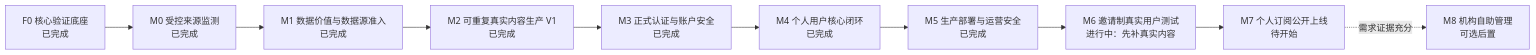
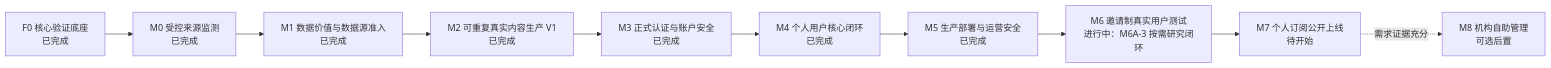
One commit to daiphoon/dealflow-radar changed the diagram in docs/10-implementation-plan.md. Above: the diagram before and after it, drawn with Mermaid. The commit also changed other lines of this file and 40 other files, not shown here.

````diff
--- a/docs/10-implementation-plan.md
+++ b/docs/10-implementation-plan.md
@@ -23,12 +23,12 @@
 ```mermaid
 flowchart LR
     F0["F0 核心验证底座<br/>已完成"] --> M0["M0 受控来源监测<br/>已完成"]
     M0 --> M1["M1 数据价值与数据源准入<br/>已完成"]
     M1 --> M2["M2 可重复真实内容生产 V1<br/>已完成"]
     M2 --> M3["M3 正式认证与账户安全<br/>已完成"]
     M3 --> M4["M4 个人用户核心闭环<br/>已完成"]
     M4 --> M5["M5 生产部署与运营安全<br/>已完成"]
-    M5 --> M6["M6 邀请制真实用户测试<br/>进行中：先补真实内容"]
+    M5 --> M6["M6 邀请制真实用户测试<br/>进行中：M6A-3 按需研究闭环"]
     M6 --> M7["M7 个人订阅公开上线<br/>待开始"]
     M7 -."需求证据充分".-> M8["M8 机构自助管理<br/>可选后置"]
 ```
````
